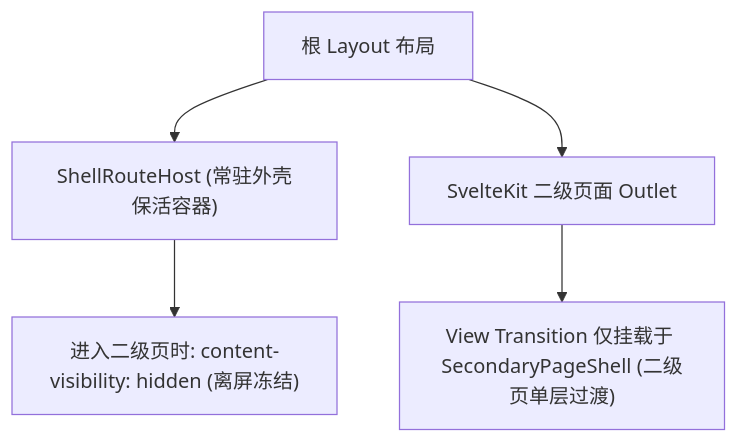
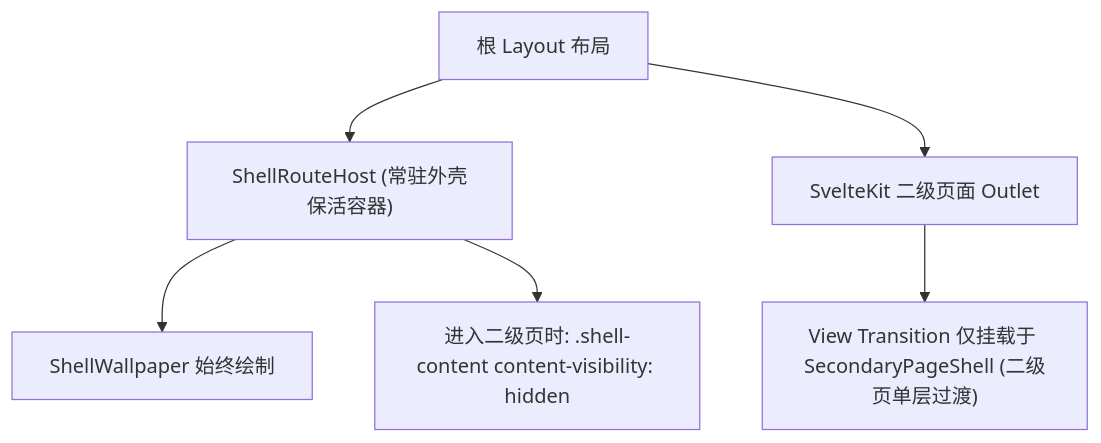
The diagram in .agents/docs/adr/0033-persistent-shell-freeze-and-secondary-view-transition.md (CQUT-OpenProject/Chronos), drawn with Mermaid before and after one commit. The commit also changed other lines of this file and 30 other files, not shown here.

````diff
--- a/.agents/docs/adr/0033-persistent-shell-freeze-and-secondary-view-transition.md
+++ b/.agents/docs/adr/0033-persistent-shell-freeze-and-secondary-view-transition.md
@@ -23,8 +23,9 @@
 ```mermaid
 flowchart TD
     RootLayout[根 Layout 布局] --> ShellHost["ShellRouteHost (常驻外壳保活容器)"]
     RootLayout --> PageOutlet["SvelteKit 二级页面 Outlet"]
 
-    ShellHost --> Frozen["进入二级页时: content-visibility: hidden (离屏冻结)"]
+    ShellHost --> Compositor["ShellWallpaper 始终绘制"]
+    ShellHost --> Frozen["进入二级页时: .shell-content content-visibility: hidden"]
     PageOutlet --> VT["View Transition 仅挂载于 SecondaryPageShell (二级页单层过渡)"]
 ```
````
